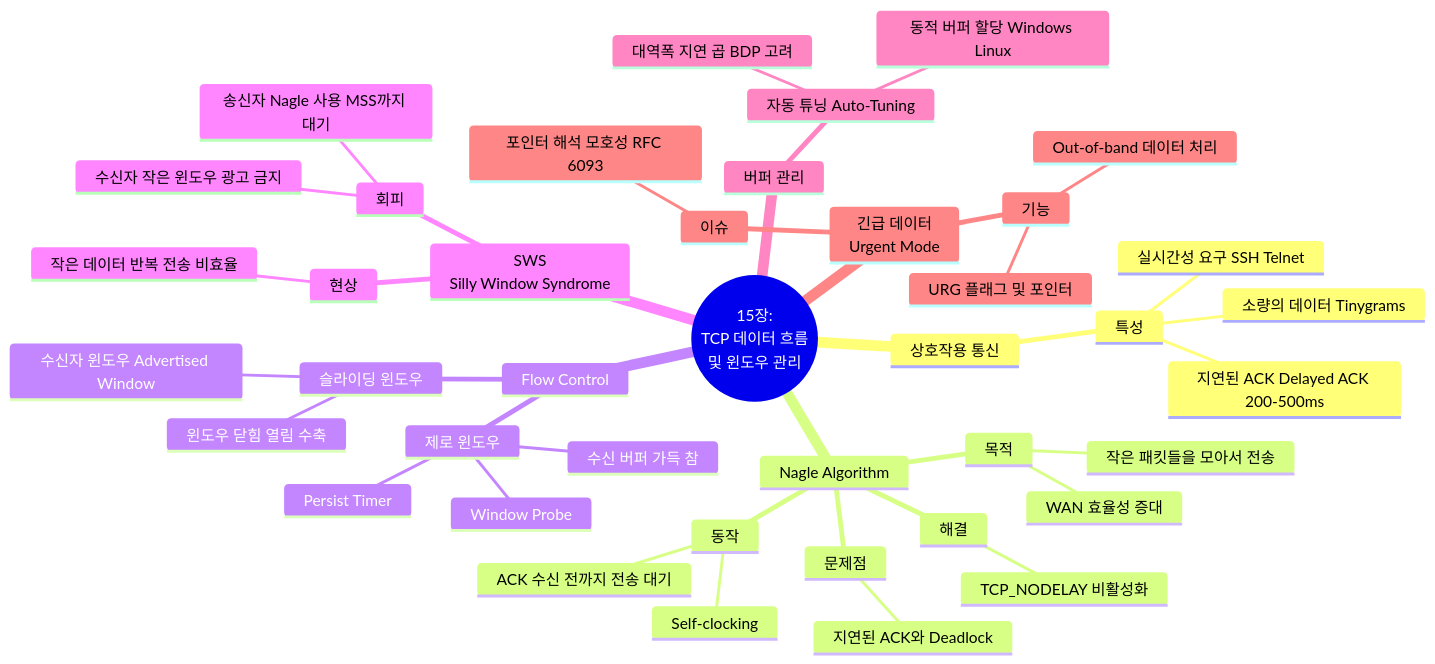
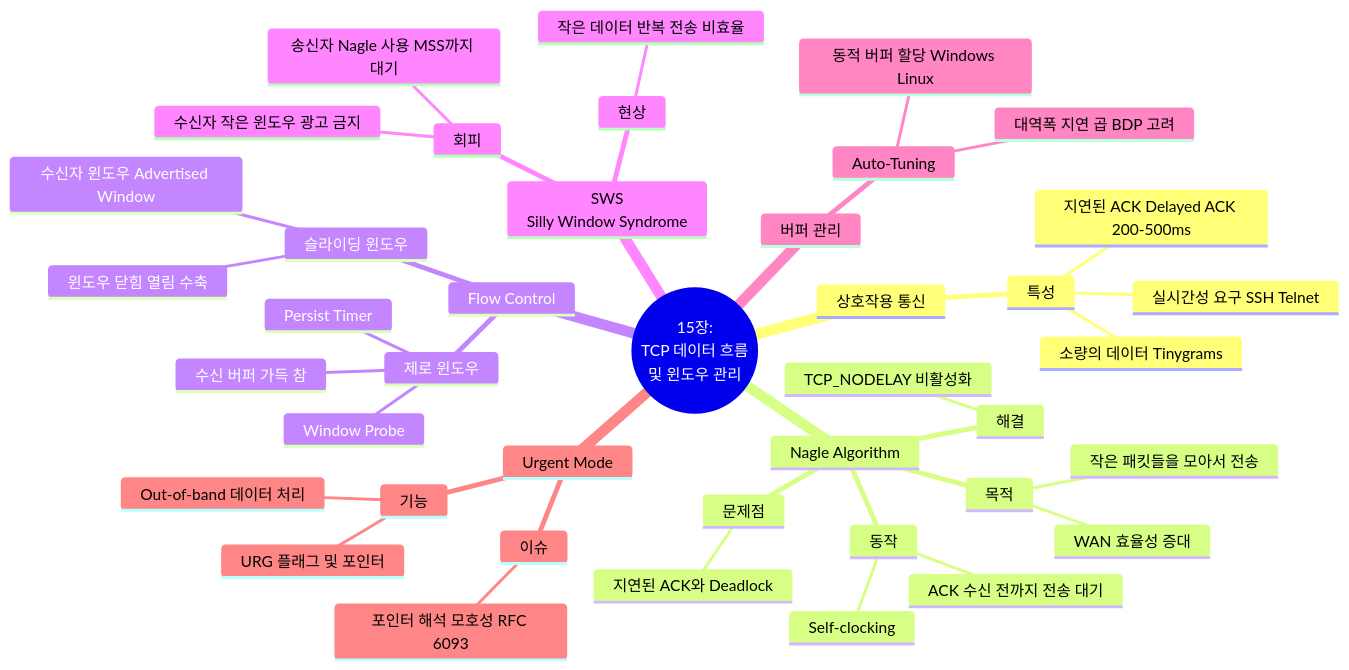
The diagram in 01_inbox/books/tcp_ip_illustrated_1/chapter15.md (youngmin-gwon/what-i-studied), drawn with Mermaid before and after one commit. The commit also changed other lines of this file and 6 other files, not shown here.

````diff
--- a/01_inbox/books/tcp_ip_illustrated_1/chapter15.md
+++ b/01_inbox/books/tcp_ip_illustrated_1/chapter15.md
@@ -13,44 +13,44 @@
 ```mermaid
 mindmap
   root((15장:<br>TCP 데이터 흐름<br>및 윈도우 관리))
     상호작용 통신
       특성
         소량의 데이터 Tinygrams
         실시간성 요구 SSH Telnet
         지연된 ACK Delayed ACK 200-500ms
     Nagle Algorithm
       목적
         작은 패킷들을 모아서 전송
         WAN 효율성 증대
       동작
         ACK 수신 전까지 전송 대기
         Self-clocking
       문제점
         지연된 ACK와 Deadlock
       해결
         TCP_NODELAY 비활성화
     Flow Control
       슬라이딩 윈도우
         수신자 윈도우 Advertised Window
         윈도우 닫힘 열림 수축
       제로 윈도우
         수신 버퍼 가득 참
         Persist Timer
         Window Probe
     SWS<br>Silly Window Syndrome
       현상
         작은 데이터 반복 전송 비효율
       회피
         송신자 Nagle 사용 MSS까지 대기
         수신자 작은 윈도우 광고 금지
     버퍼 관리
-      자동 튜닝 Auto-Tuning
+      Auto-Tuning
         대역폭 지연 곱 BDP 고려
         동적 버퍼 할당 Windows Linux
-    긴급 데이터<br>Urgent Mode
+    Urgent Mode
       기능
         URG 플래그 및 포인터
         Out-of-band 데이터 처리
       이슈
         포인터 해석 모호성 RFC 6093
 ```
````
